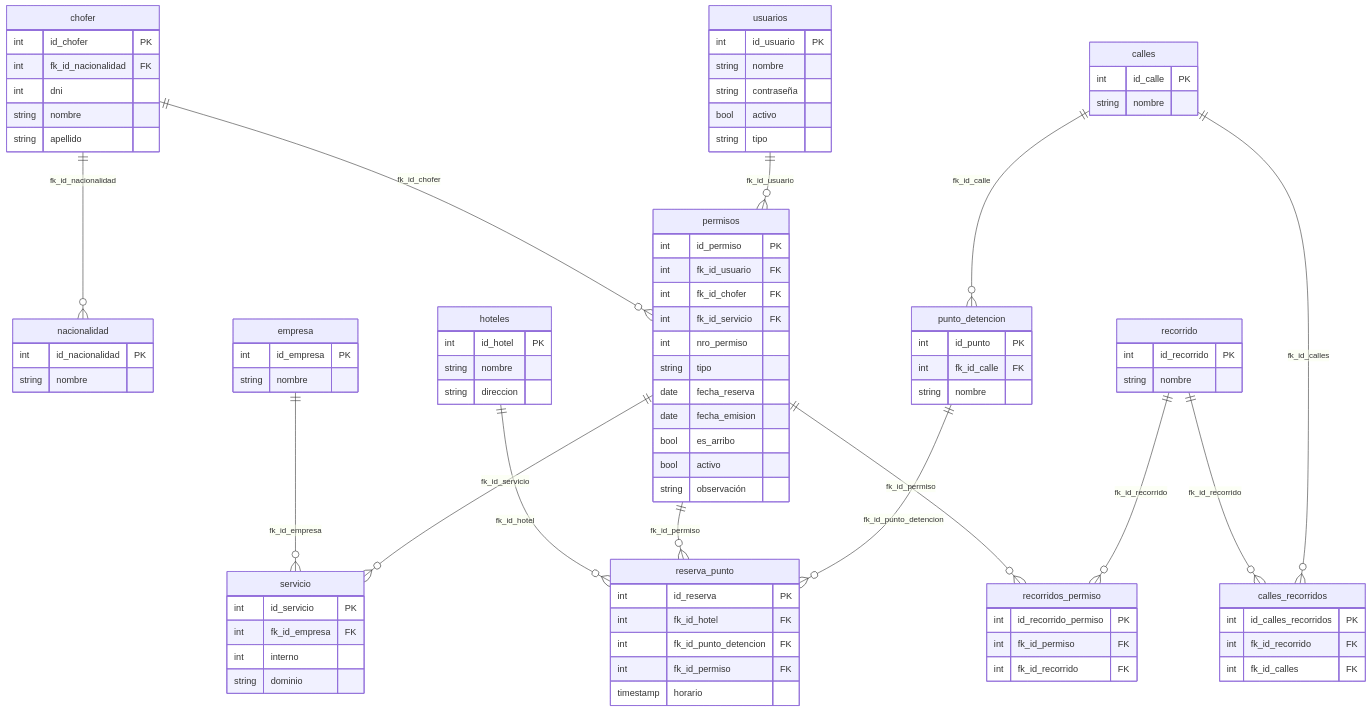
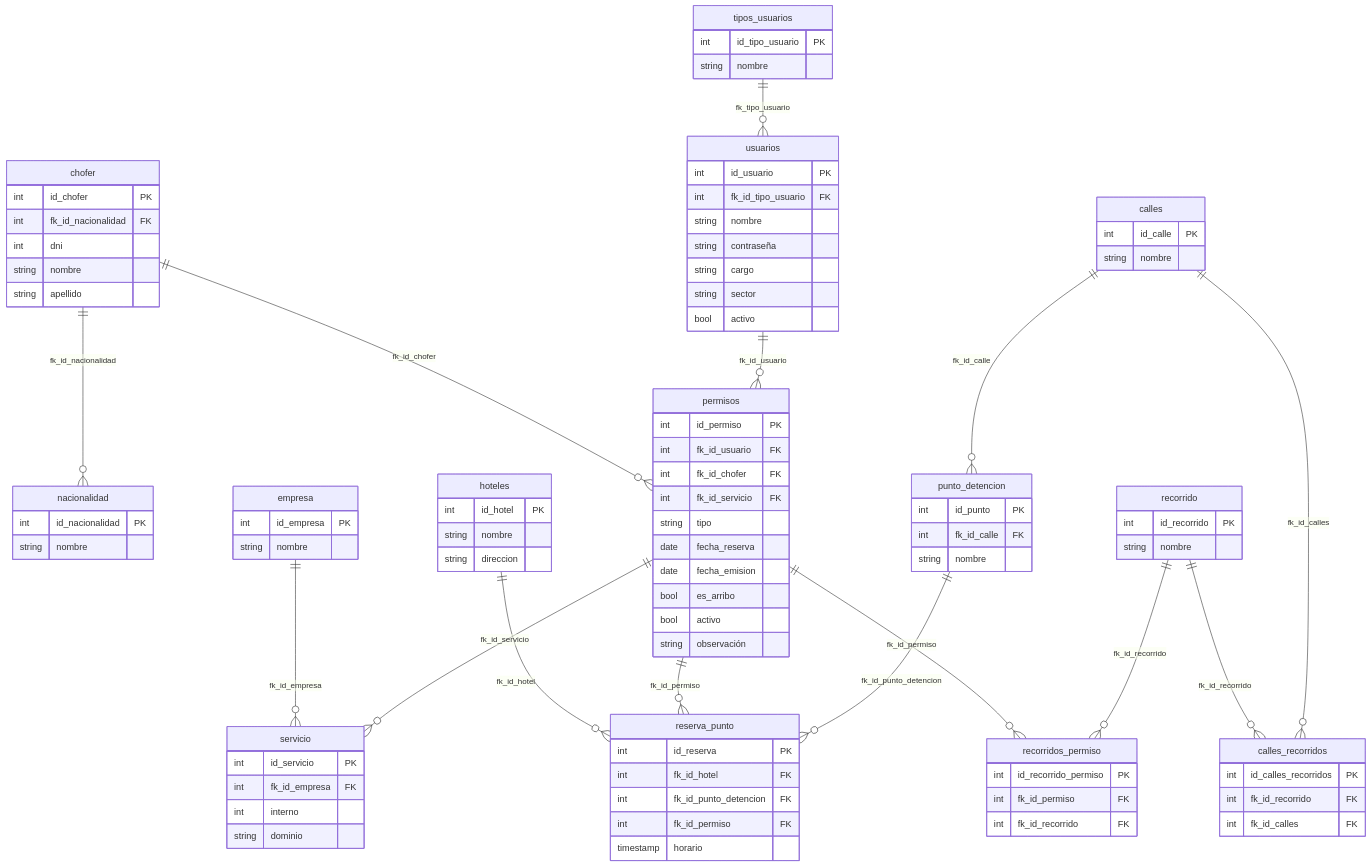
Before and after one commit to MSCB-Sistemas/sgpc: the diagram in readme.md, drawn with Mermaid.

Commit message:
Update readme.md
Agregue la tabla "tipo_usuario" para que este tipificado los tipos de usuarios y saque el campo "nro_permiso" de la tabla "permisos"

```diff
--- a/readme.md
+++ b/readme.md
@@ -127,10 +127,17 @@
 
     usuarios {
         int id_usuario PK
+        int fk_id_tipo_usuario FK
         string nombre
         string contraseña
+        string cargo
+        string sector
         bool activo
-        string tipo
+    }
+
+    tipos_usuarios {
+        int id_tipo_usuario PK
+        string nombre
     }
 
     permisos {
@@ -138,7 +145,6 @@
         int fk_id_usuario FK
         int fk_id_chofer FK
         int fk_id_servicio FK
-        int nro_permiso
         string tipo
         date fecha_reserva
         date fecha_emision
@@ -205,6 +211,7 @@
     chofer ||--o{ permisos : "fk_id_chofer"
     empresa ||--o{ servicio : "fk_id_empresa"
     usuarios ||--o{ permisos : "fk_id_usuario"
+    tipos_usuarios ||--o{ usuarios : "fk_tipo_usuario"
     permisos ||--o{ servicio : "fk_id_servicio"
     hoteles ||--o{ reserva_punto : "fk_id_hotel"
     permisos ||--o{ reserva_punto : "fk_id_permiso"
```
